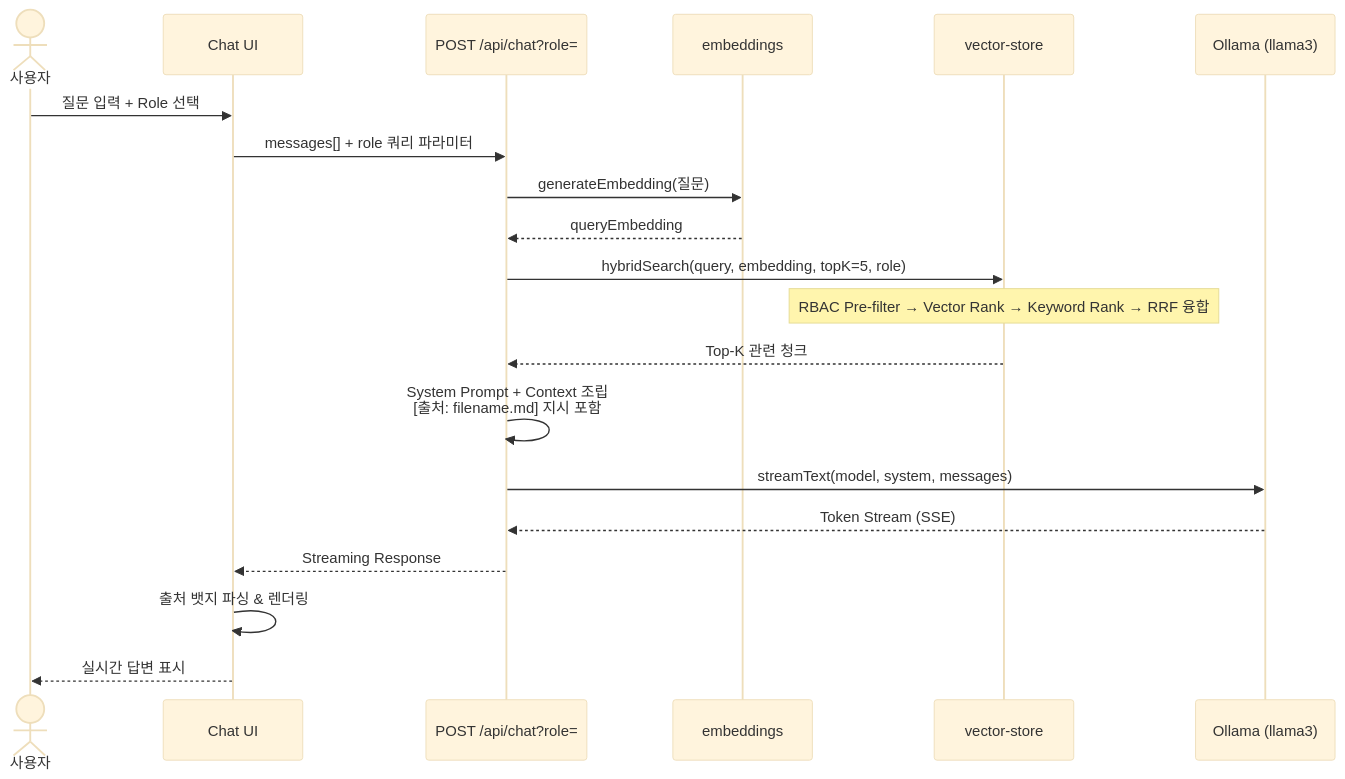
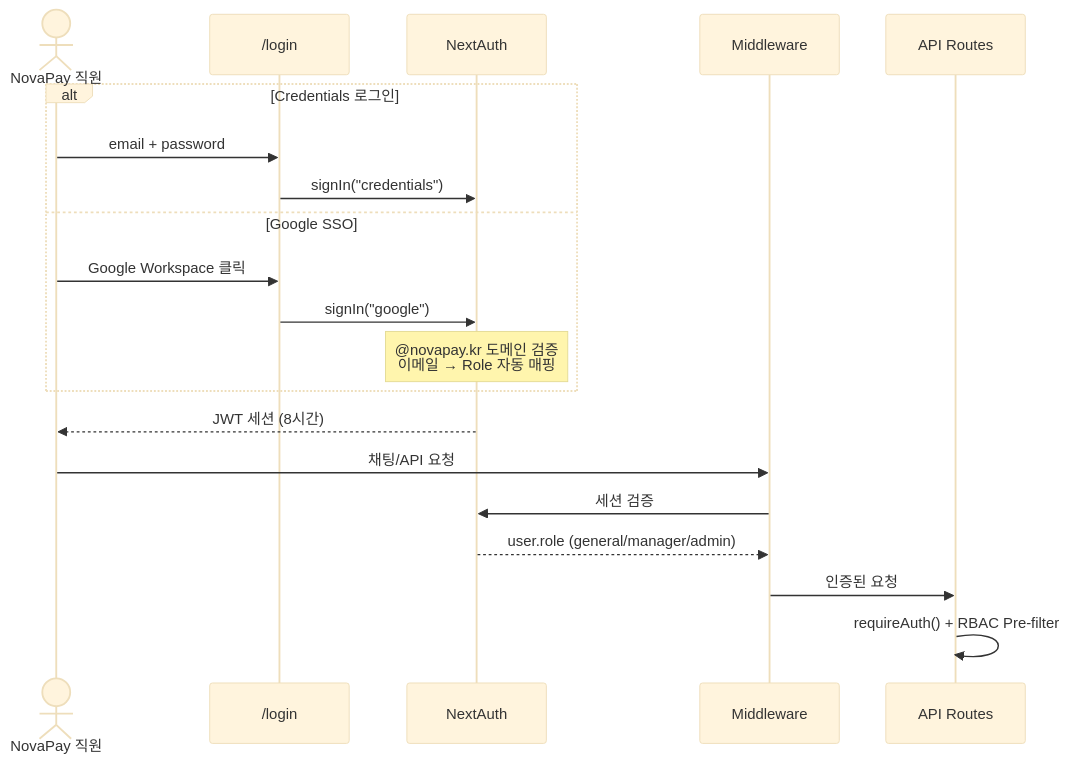
The second of 11 diagrams in README.md (dayainow/corp-brain), drawn with Mermaid (base theme) before and after one commit. The commit also changed other lines of this file, not shown here.

First line of the commit message:
docs: README 전면 업데이트 — 최신 기능 및 아키텍처 다이어그램 반영

````diff
--- a/README.md
+++ b/README.md
@@ -121,26 +97,25 @@
 ```mermaid
 sequenceDiagram
-    actor User as 사용자
-    participant UI as Chat UI
-    participant API as POST /api/chat?role=
-    participant Emb as embeddings
-    participant VS as vector-store
-    participant LLM as Ollama (llama3)
+    actor User as NovaPay 직원
+    participant Login as /login
+    participant Auth as NextAuth
+    participant MW as Middleware
+    participant API as API Routes
 
-    User->>UI: 질문 입력 + Role 선택
-    UI->>API: messages[] + role 쿼리 파라미터
+    alt Credentials 로그인
+        User->>Login: email + password
+        Login->>Auth: signIn("credentials")
+    else Google SSO
+        User->>Login: Google Workspace 클릭
+        Login->>Auth: signIn("google")
+        Note over Auth: @novapay.kr 도메인 검증<br/>이메일 → Role 자동 매핑
+    end
 
-    API->>Emb: generateEmbedding(질문)
-    Emb-->>API: queryEmbedding
+    Auth-->>User: JWT 세션 (8시간)
 
-    API->>VS: hybridSearch(query, embedding, topK=5, role)
-    Note over VS: RBAC Pre-filter → Vector Rank → Keyword Rank → RRF 융합
-    VS-->>API: Top-K 관련 청크
-
-    API->>API: System Prompt + Context 조립<br/>[출처: filename.md] 지시 포함
-    API->>LLM: streamText(model, system, messages)
-    LLM-->>API: Token Stream (SSE)
-    API-->>UI: Streaming Response
-    UI->>UI: 출처 뱃지 파싱 & 렌더링
-    UI-->>User: 실시간 답변 표시
+    User->>MW: 채팅/API 요청
+    MW->>Auth: 세션 검증
+    Auth-->>MW: user.role (general/manager/admin)
+    MW->>API: 인증된 요청
+    API->>API: requireAuth() + RBAC Pre-filter
 ```
````
